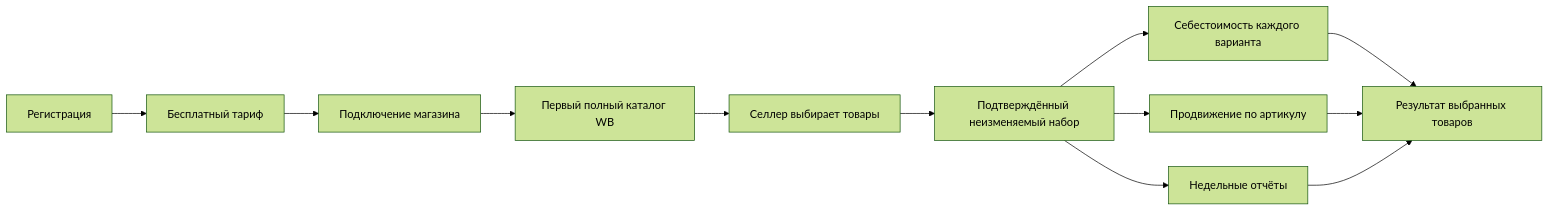
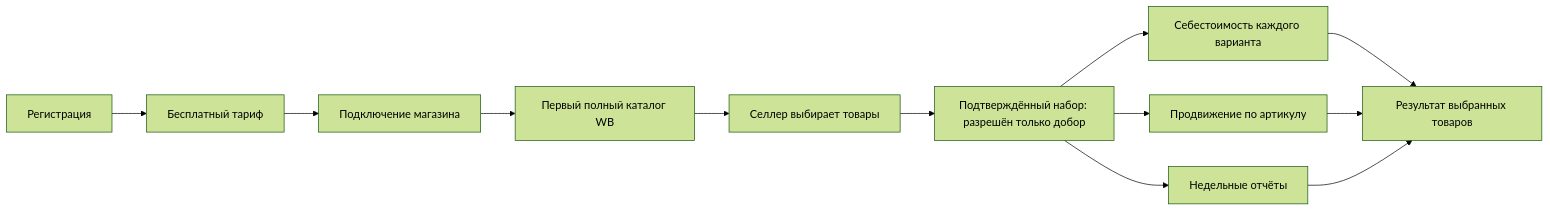
Before and after one commit to bessdelnik79/Marketplace-Control: the first of 6 diagrams in outputs/database-v1.md, drawn with Mermaid (forest theme). The commit also changed other lines of this file and 12 other files, not shown here.

````diff
--- a/outputs/database-v1.md
+++ b/outputs/database-v1.md
@@ -17,14 +17,14 @@
 ```mermaid
 flowchart LR
     U[Регистрация] --> F[Бесплатный тариф]
     F --> S[Подключение магазина]
     S --> C[Первый полный каталог WB]
     C --> P[Селлер выбирает товары]
-    P --> LOCK[Подтверждённый неизменяемый набор]
+    P --> LOCK[Подтверждённый набор: разрешён только добор]
     LOCK --> V[Себестоимость каждого варианта]
     LOCK --> E[Продвижение по артикулу]
     LOCK --> R[Недельные отчёты]
     V --> CALC[Результат выбранных товаров]
     E --> CALC
     R --> CALC
 ```
````
